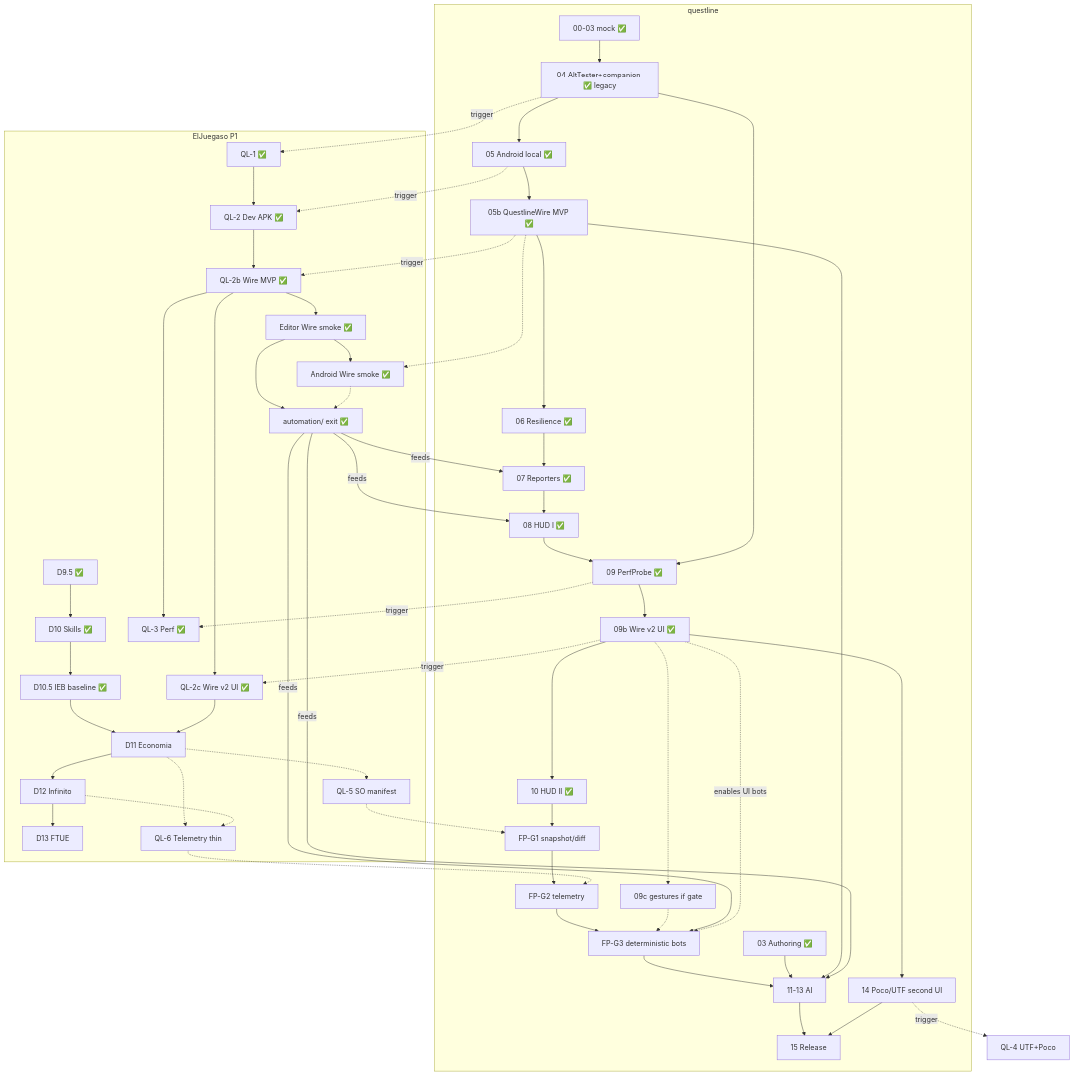
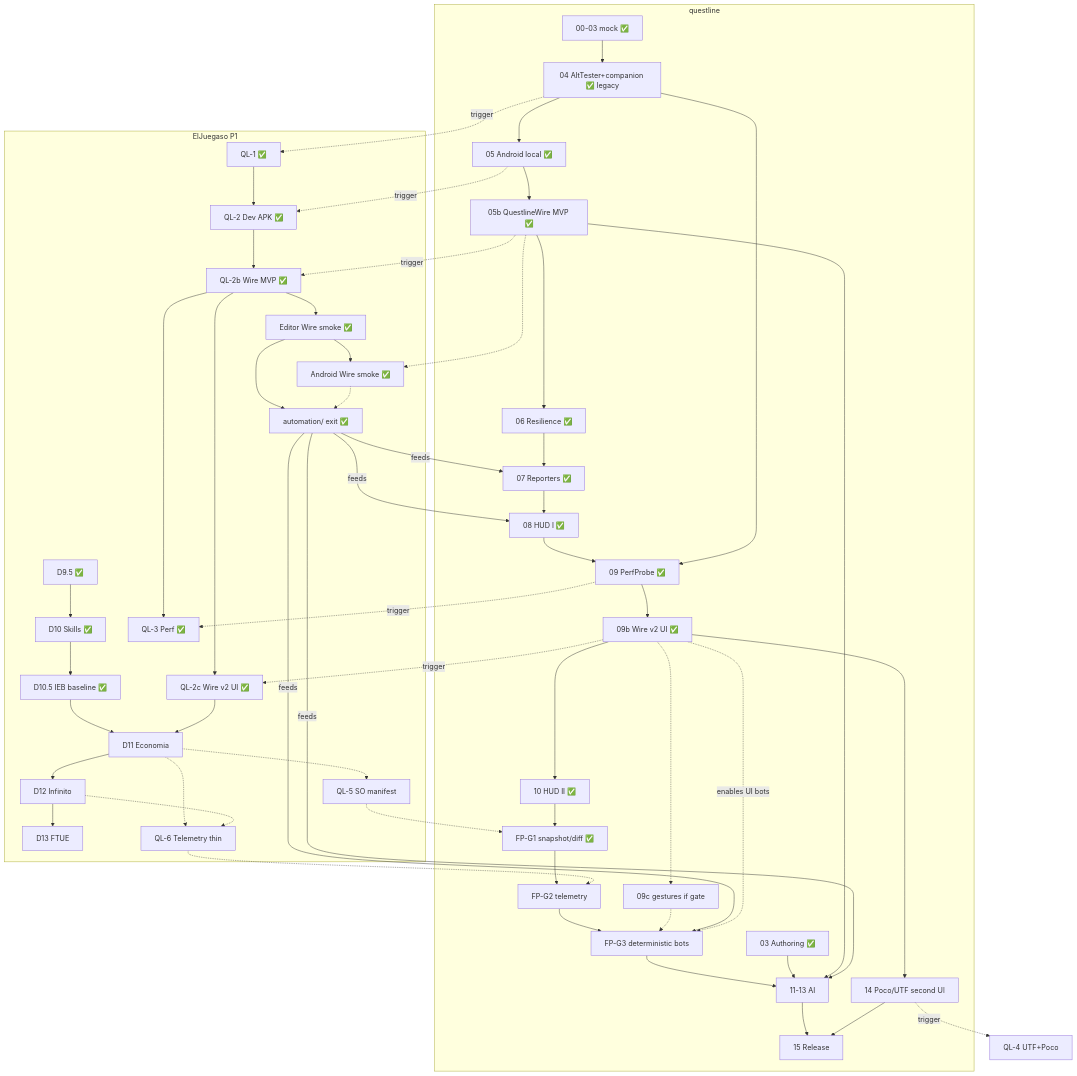
Before and after one commit to Knutronko/questline: the diagram in docs/STATUS-DUAL.md, drawn with Mermaid. The commit also changed other lines of this file and 31 other files, not shown here.

First line of the commit message:
fp-g1: GameLens snapshot and diff (AI report deferred).

````diff
--- a/docs/STATUS-DUAL.md
+++ b/docs/STATUS-DUAL.md
@@ -108,61 +108,61 @@
 ```mermaid
 flowchart TB
   subgraph QL[questline]
     Q0[00-03 mock ✅] --> Q4[04 AltTester+companion ✅ legacy]
     Q4 --> Q5[05 Android local ✅]
     Q5 --> Q5b[05b QuestlineWire MVP ✅]
     Q5b --> Q6[06 Resilience ✅]
     Q6 --> Q7[07 Reporters ✅]
     Q7 --> Q8[08 HUD I ✅]
     Q8 --> Q9[09 PerfProbe ✅]
     Q9 --> Q9b[09b Wire v2 UI ✅]
     Q9b --> Q10[10 HUD II ✅]
-    Q10 --> FPG1[FP-G1 snapshot/diff]
+    Q10 --> FPG1[FP-G1 snapshot/diff ✅]
     FPG1 --> FPG2[FP-G2 telemetry]
     FPG2 --> FPG3[FP-G3 deterministic bots]
     FPG3 --> Q11[11-13 AI]
     Q9b -.-> Q09c[09c gestures if gate]
     Q09c -.-> FPG3
     Q4 --> Q9
     Q3[03 Authoring ✅] --> Q11
     Q5b --> Q11
     Q9b --> Q14[14 Poco/UTF second UI]
     Q11 --> Q15[15 Release]
     Q14 --> Q15
   end
 
   subgraph Game[ElJuegaso P1]
     D95[D9.5 ✅] --> D10[D10 Skills ✅]
     D10 --> D105[D10.5 IEB baseline ✅]
     D105 --> D11[D11 Economia]
     D11 --> D12[D12 Infinito]
     D12 --> D13[D13 FTUE]
     QL1[QL-1 ✅] --> QL2[QL-2 Dev APK ✅]
     QL2 --> QL2b[QL-2b Wire MVP ✅]
     QL2b --> LiveEd[Editor Wire smoke ✅]
     LiveEd --> Auto[automation/ exit ✅]
     LiveEd --> LiveAnd[Android Wire smoke ✅]
     LiveAnd -.-> Auto
     QL2b --> QL3[QL-3 Perf ✅]
     QL2b --> QL2c[QL-2c Wire v2 UI ✅]
     QL2c --> D11
     D11 -.-> QL5[QL-5 SO manifest]
     QL5 -.-> FPG1
     D11 -.-> QL6[QL-6 Telemetry thin]
     QL6 -.-> FPG2
     D12 -.-> QL6
     Auto -->|feeds| FPG3
   end
 
   Q4 -.->|trigger| QL1
   Q5 -.->|trigger| QL2
   Q5b -.->|trigger| QL2b
   Q5b -.-> LiveAnd
   Q9 -.->|trigger| QL3
   Q9b -.->|trigger| QL2c
   Q14 -.->|trigger| QL4[QL-4 UTF+Poco]
   Auto -->|feeds| Q7
   Auto -->|feeds| Q8
   Auto -->|feeds| Q11
   Q9b -.->|enables UI bots| FPG3
 ```
````
